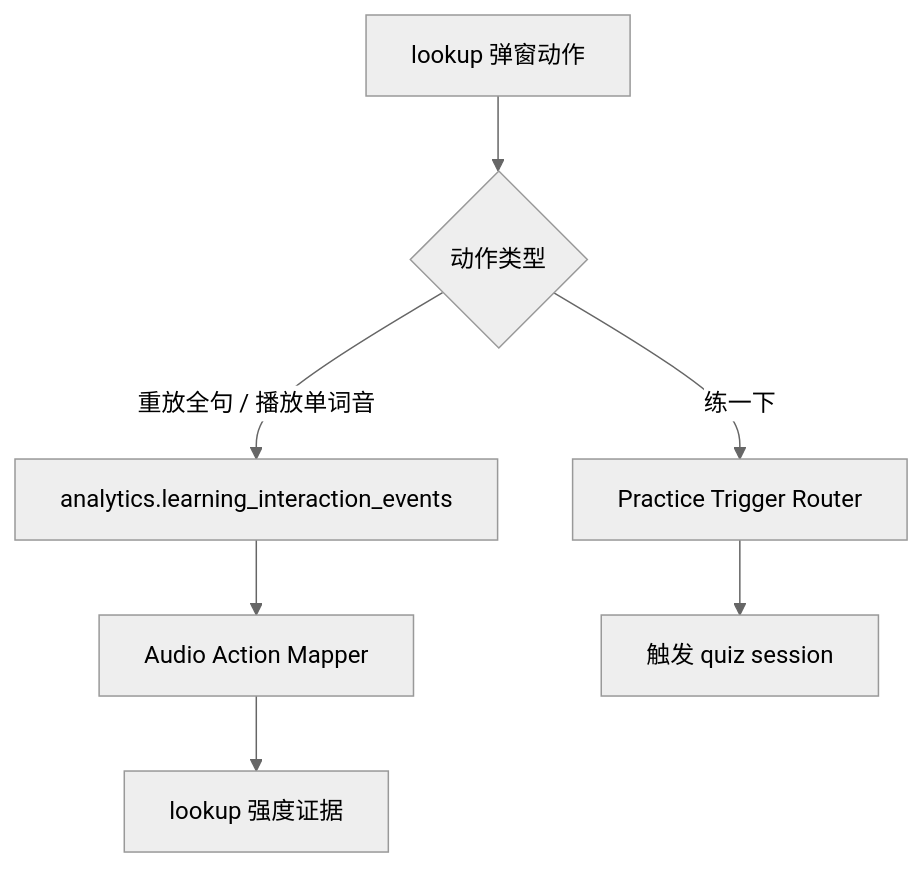
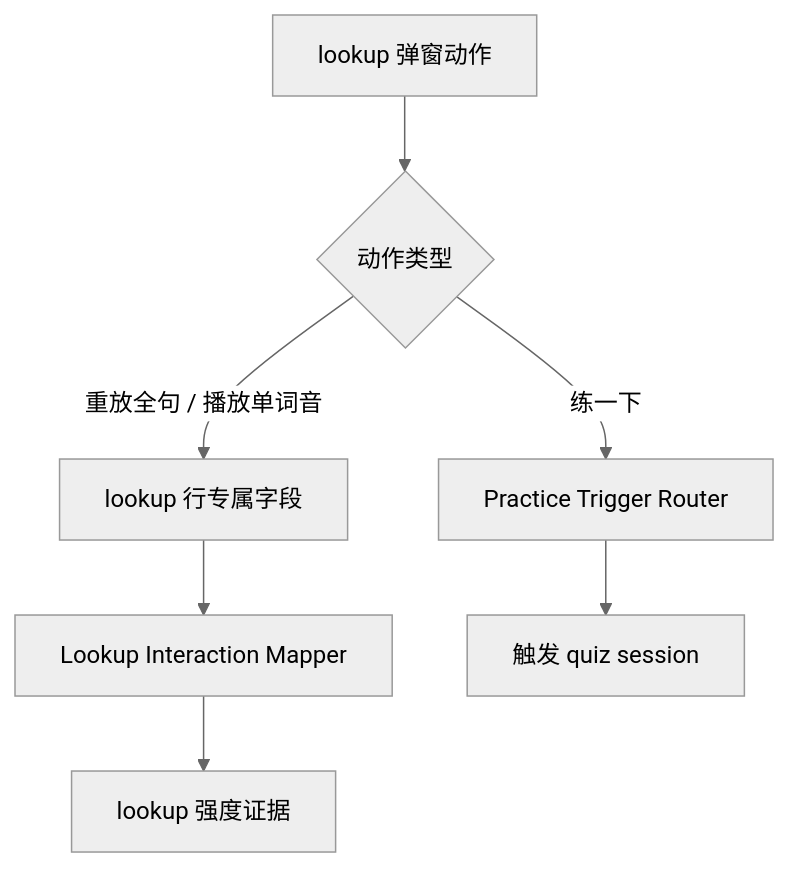
Before and after one commit to bionicotaku/learning-video-recommendation-system: the eighth of 9 diagrams in docs/学习互动信号架构图.md, drawn with Mermaid (neutral theme). The commit also changed other lines of this file and 12 other files, not shown here.

````diff
--- a/docs/学习互动信号架构图.md
+++ b/docs/学习互动信号架构图.md
@@ -353,10 +354,10 @@
 ```mermaid
 flowchart TD
     A["lookup 弹窗动作"] --> B{"动作类型"}
-    B -->|重放全句 / 播放单词音| C["analytics.learning_interaction_events"]
-    C --> D["Audio Action Mapper"]
+    B -->|重放全句 / 播放单词音| C["lookup 行专属字段"]
+    C --> D["Lookup Interaction Mapper"]
     D --> E["lookup 强度证据"]
 
     B -->|练一下| F["Practice Trigger Router"]
     F --> G["触发 quiz session"]
 ```
````
